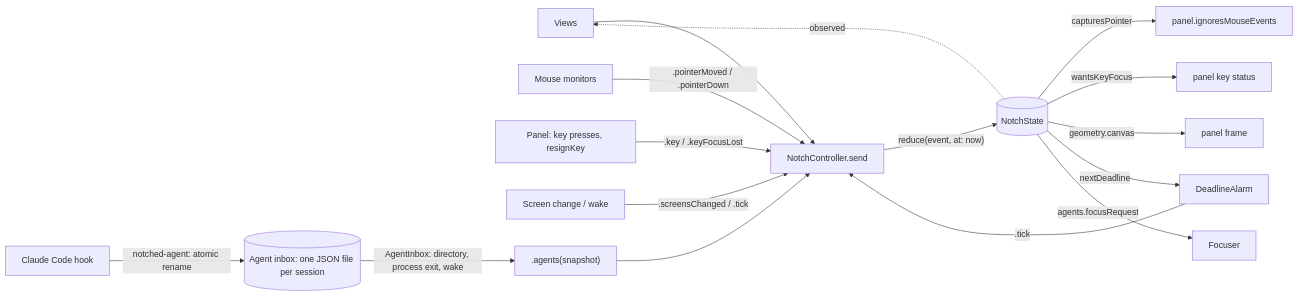
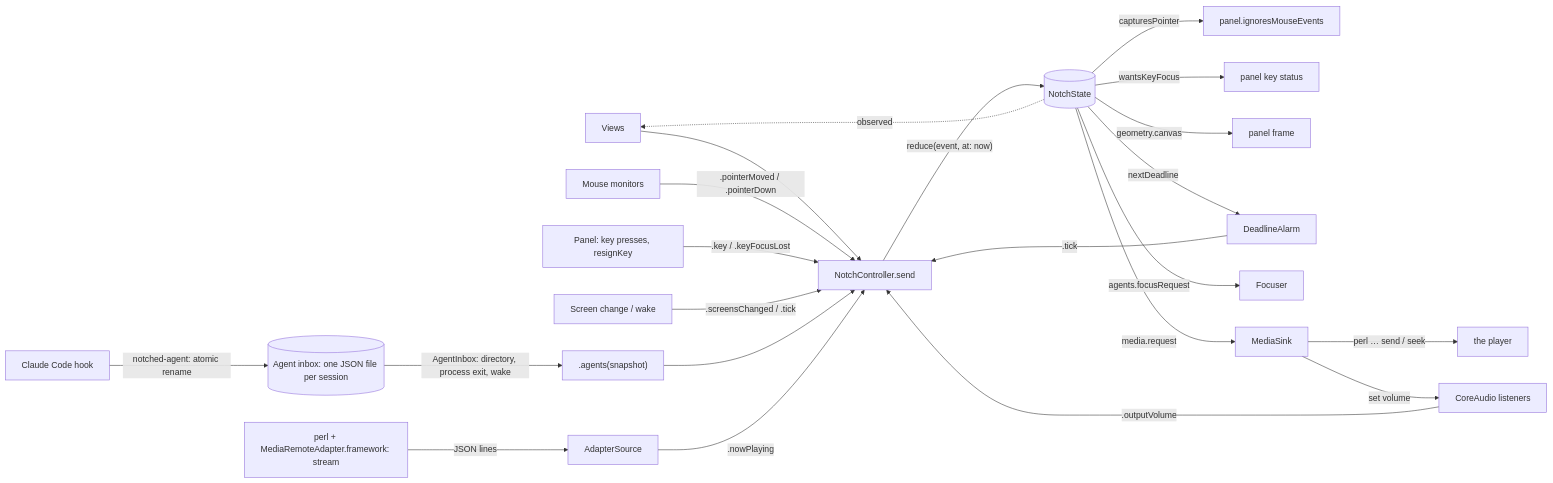
Before and after one commit to andrewv426/Notched: the diagram in docs/architecture.md, drawn with Mermaid. The commit also changed other lines of this file and 3 other files, not shown here.

````diff
--- a/docs/architecture.md
+++ b/docs/architecture.md
@@ -31,18 +33,24 @@
 ```mermaid
 flowchart LR
   V[Views] --> C[NotchController.send]
   M[Mouse monitors] -- ".pointerMoved / .pointerDown" --> C
   P[Panel: key presses, resignKey] -- ".key / .keyFocusLost" --> C
   N[Screen change / wake] -- ".screensChanged / .tick" --> C
   C -- "reduce(event, at: now)" --> S[(NotchState)]
   S -- "capturesPointer" --> PW[panel.ignoresMouseEvents]
   S -- "wantsKeyFocus" --> PK[panel key status]
   S -- "geometry.canvas" --> PF[panel frame]
   S -- "nextDeadline" --> DA[DeadlineAlarm]
   DA -- ".tick" --> C
   H[Claude Code hook] -- "notched-agent: atomic rename" --> IB[(Agent inbox: one JSON file per session)]
   IB -- "AgentInbox: directory, process exit, wake" --> C2[".agents(snapshot)"]
   C2 --> C
   S -- "agents.focusRequest" --> FO[Focuser]
+  MR["perl + MediaRemoteAdapter.framework: stream"] -- "JSON lines" --> AS[AdapterSource]
+  AS -- ".nowPlaying" --> C
+  CA[CoreAudio listeners] -- ".outputVolume" --> C
+  S -- "media.request" --> MS[MediaSink]
+  MS -- "perl … send / seek" --> MR2[the player]
+  MS -- "set volume" --> CA
   S -. "observed" .-> V
 ```
````
